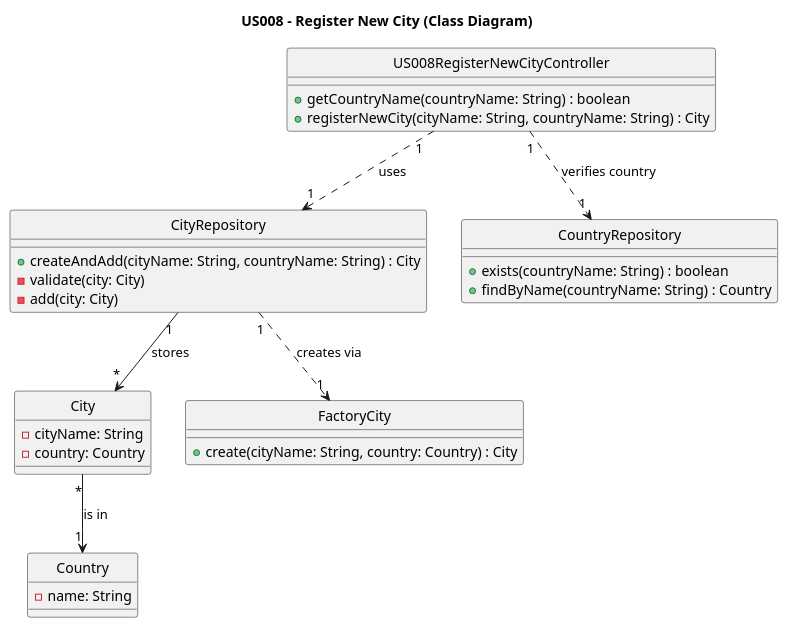
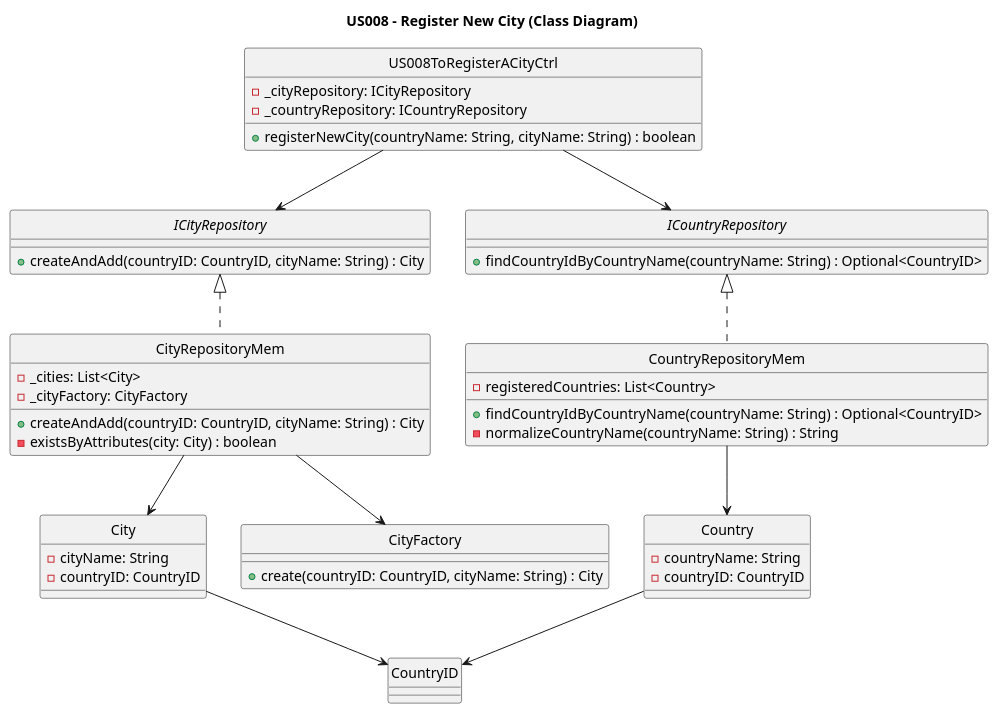
The diagram in Diagrams/ClassDiagrams/US008-to-register-new-city-in-the-system.puml (AndrePereiraGitH/SWitCH-Project-Team_A), drawn with PlantUML before and after one commit. The commit also changed 2 other files, not shown here.

```diff
--- a/Diagrams/ClassDiagrams/US008-to-register-new-city-in-the-system.puml
+++ b/Diagrams/ClassDiagrams/US008-to-register-new-city-in-the-system.puml
@@ -2,41 +1,63 @@
 @startuml
 hide circle
 title US008 - Register New City (Class Diagram)
 
 class City {
   -cityName: String
-  -country: Country
+  -countryID: CountryID
 }
 
 class Country {
-  -name: String
+  -countryName: String
+  -countryID: CountryID
 }
 
-class FactoryCity {
-  +create(cityName: String, country: Country) : City
+class CountryID
+
+class CityFactory {
+  +create(countryID: CountryID, cityName: String) : City
 }
 
-class CityRepository {
-  +createAndAdd(cityName: String, countryName: String) : City
-  -validate(city: City)
-  -add(city: City)
+interface ICityRepository {
+  +createAndAdd(countryID: CountryID, cityName: String) : City
 }
 
-class CountryRepository {
-  +exists(countryName: String) : boolean
-  +findByName(countryName: String) : Country
+interface ICountryRepository {
+  +findCountryIdByCountryName(countryName: String) : Optional<CountryID>
 }
 
-class US008RegisterNewCityController {
-  +getCountryName(countryName: String) : boolean
-  +registerNewCity(cityName: String, countryName: String) : City
+class CityRepositoryMem {
+  -_cities: List<City>
+  -_cityFactory: CityFactory
+  +createAndAdd(countryID: CountryID, cityName: String) : City
+  -existsByAttributes(city: City) : boolean
 }
 
-' Interactions / Dependencies
-US008RegisterNewCityController "1" ..> "1" CityRepository : uses
-US008RegisterNewCityController "1" ..> "1" CountryRepository : verifies country
-CityRepository "1" ..> "1" FactoryCity : creates via
-CityRepository "1" --> "*" City : stores
-City "*" --> "1" Country : is in
+class CountryRepositoryMem {
+  -registeredCountries: List<Country>
+  +findCountryIdByCountryName(countryName: String) : Optional<CountryID>
+  -normalizeCountryName(countryName: String) : String
+}
+
+class US008ToRegisterACityCtrl {
+  -_cityRepository: ICityRepository
+  -_countryRepository: ICountryRepository
+  +registerNewCity(countryName: String, cityName: String) : boolean
+}
+
+' Relationships
+US008ToRegisterACityCtrl --> ICityRepository
+US008ToRegisterACityCtrl --> ICountryRepository
+
+ICityRepository <|.. CityRepositoryMem
+ICountryRepository <|.. CountryRepositoryMem
+
+CityRepositoryMem --> CityFactory
+CityRepositoryMem --> City
+
+CountryRepositoryMem --> Country
+
+City --> CountryID
+Country --> CountryID
 
 @enduml
```
